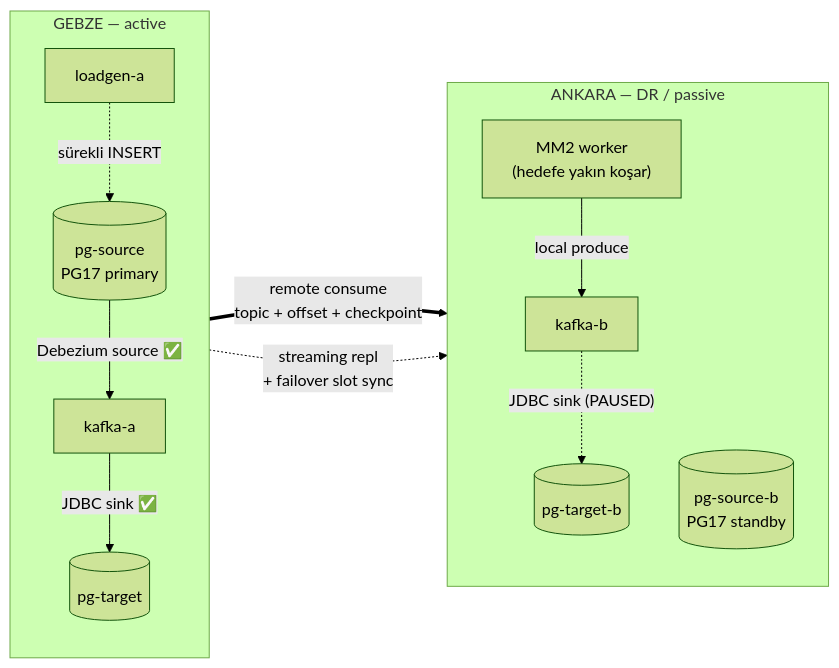
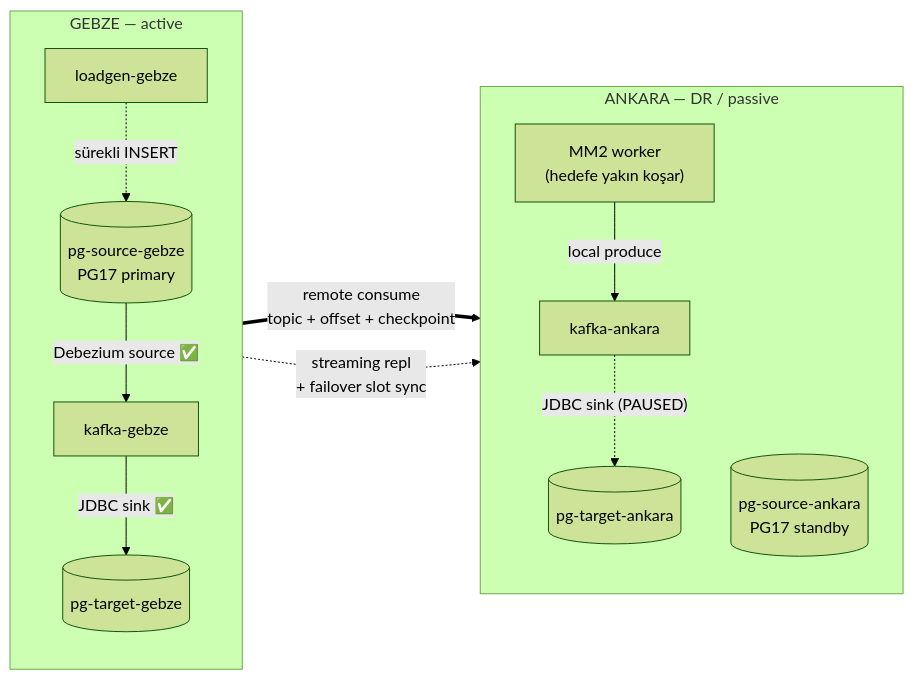
The first of 2 diagrams in README.md (ugurozgen/cdc-demo), drawn with Mermaid (forest theme) before and after one commit. The commit also changed other lines of this file and 9 other files, not shown here.

````diff
--- a/README.md
+++ b/README.md
@@ -6,17 +6,17 @@
 ```mermaid
 flowchart LR
   subgraph G["GEBZE — active"]
     direction TB
-    PGS[("pg-source<br/>PG17 primary")] -->|"Debezium source ✅"| KA["kafka-a"]
-    KA -->|"JDBC sink ✅"| PGT[("pg-target")]
-    LGA["loadgen-a"] -.->|"sürekli INSERT"| PGS
+    PGS[("pg-source-gebze<br/>PG17 primary")] -->|"Debezium source ✅"| KA["kafka-gebze"]
+    KA -->|"JDBC sink ✅"| PGT[("pg-target-gebze")]
+    LGA["loadgen-gebze"] -.->|"sürekli INSERT"| PGS
   end
   subgraph A["ANKARA — DR / passive"]
     direction TB
-    MM2["MM2 worker<br/>(hedefe yakın koşar)"] -->|"local produce"| KB["kafka-b"]
-    KB -.->|"JDBC sink (PAUSED)"| PGTB[("pg-target-b")]
-    PGSB[("pg-source-b<br/>PG17 standby")]
+    MM2["MM2 worker<br/>(hedefe yakın koşar)"] -->|"local produce"| KB["kafka-ankara"]
+    KB -.->|"JDBC sink (PAUSED)"| PGTB[("pg-target-ankara")]
+    PGSB[("pg-source-ankara<br/>PG17 standby")]
   end
   KA ==>|"remote consume<br/>topic + offset + checkpoint"| MM2
   PGS -.->|"streaming repl<br/>+ failover slot sync"| PGSB
 ```
````
